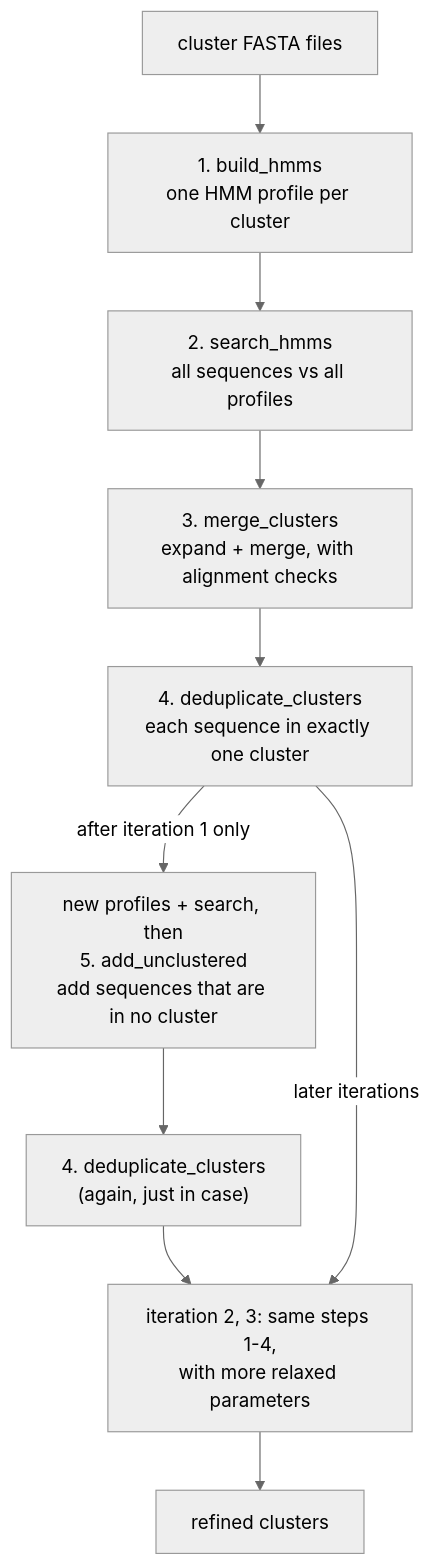
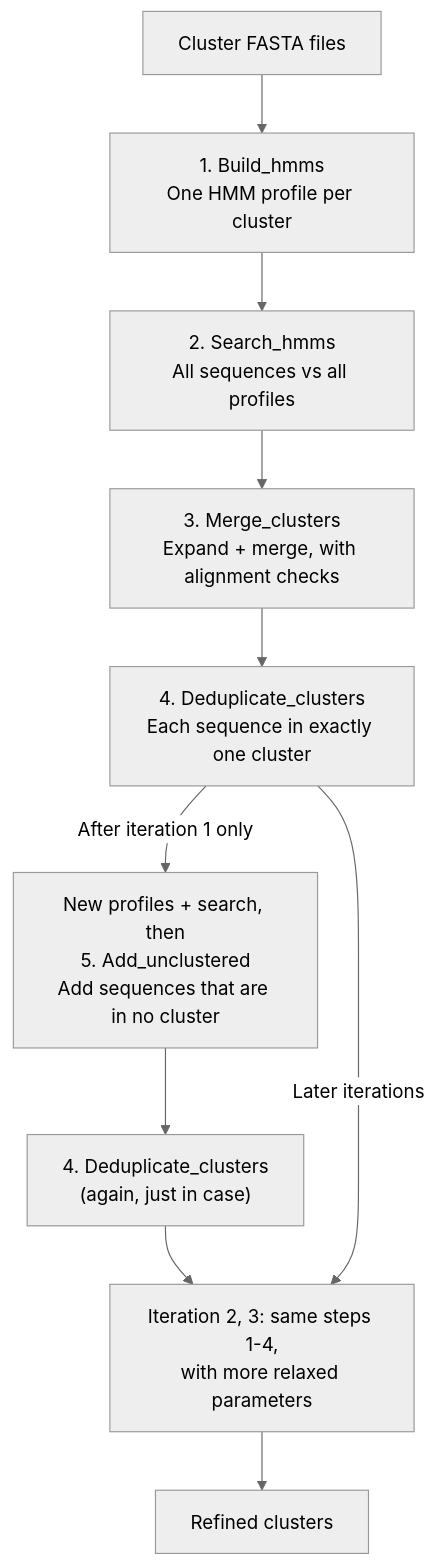
One commit to StanStanovich/cog-cluster-refiner changed the diagram in README.md. Above: the diagram before and after it, drawn with Mermaid (neutral theme).

Commit message:
Update flowchart text formatting in README.md

````diff
--- a/README.md
+++ b/README.md
@@ -11,12 +11,12 @@
 ```mermaid
 flowchart TD
-    A[cluster FASTA files] --> B["1. build_hmms<br/>one HMM profile per cluster"]
-    B --> C["2. search_hmms<br/>all sequences vs all profiles"]
-    C --> D["3. merge_clusters<br/>expand + merge, with alignment checks"]
-    D --> E["4. deduplicate_clusters<br/>each sequence in exactly one cluster"]
-    E -->|"after iteration 1 only"| U["new profiles + search, then<br/>5. add_unclustered<br/>add sequences that are in no cluster"]
-    U --> E2["4. deduplicate_clusters<br/>(again, just in case)"]
-    E2 --> N["iteration 2, 3: same steps 1-4,<br/>with more relaxed parameters"]
-    E -->|"later iterations"| N
-    N --> F[refined clusters]
+    A[Cluster FASTA files] --> B["1. Build_hmms<br/>One HMM profile per cluster"]
+    B --> C["2. Search_hmms<br/>All sequences vs all profiles"]
+    C --> D["3. Merge_clusters<br/>Expand + merge, with alignment checks"]
+    D --> E["4. Deduplicate_clusters<br/>Each sequence in exactly one cluster"]
+    E -->|"After iteration 1 only"| U["New profiles + search, then<br/>5. Add_unclustered<br/>Add sequences that are in no cluster"]
+    U --> E2["4. Deduplicate_clusters<br/>(again, just in case)"]
+    E2 --> N["Iteration 2, 3: same steps 1-4,<br/>with more relaxed parameters"]
+    E -->|"Later iterations"| N
+    N --> F[Refined clusters]
 ```
````
